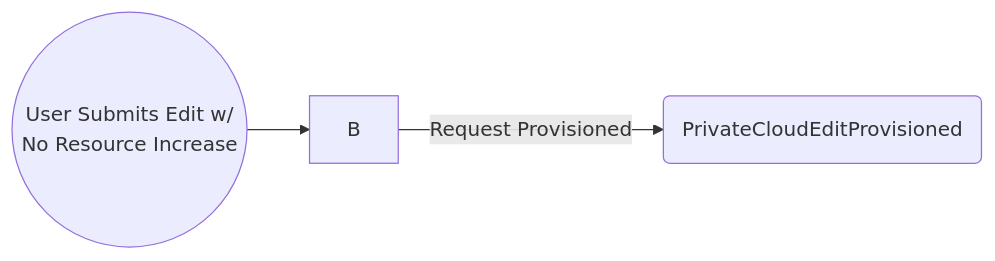
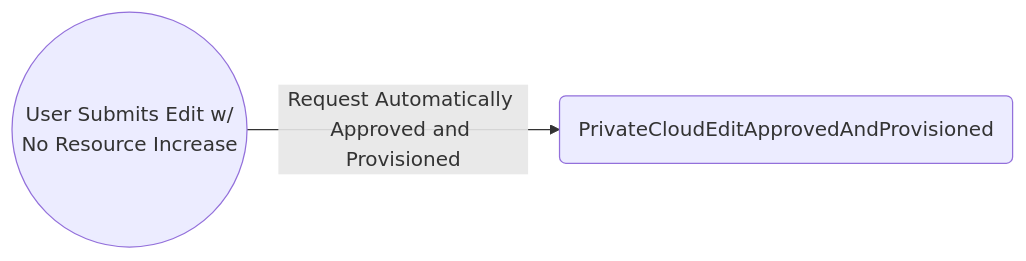
Before and after one commit to bcgov/platform-services-registry: the third of 5 diagrams in docs/email-scenarios-private-cloud.md, drawn with Mermaid.

Commit message:
doc: edit mermaid diagram for no quota increase scenario

````diff
--- a/docs/email-scenarios-private-cloud.md
+++ b/docs/email-scenarios-private-cloud.md
@@ -103,5 +103,5 @@
 ```mermaid
 flowchart LR
-    A((User Submits Edit w/ <br> No Resource Increase)) --> B
-    B -->|Request Provisioned| C(PrivateCloudEditProvisioned)
+    A((User Submits Edit w/ <br> No Resource Increase)) -->|Request Automatically Approved and Provisioned| C(PrivateCloudEditApprovedAndProvisioned)
+
 ```
````
